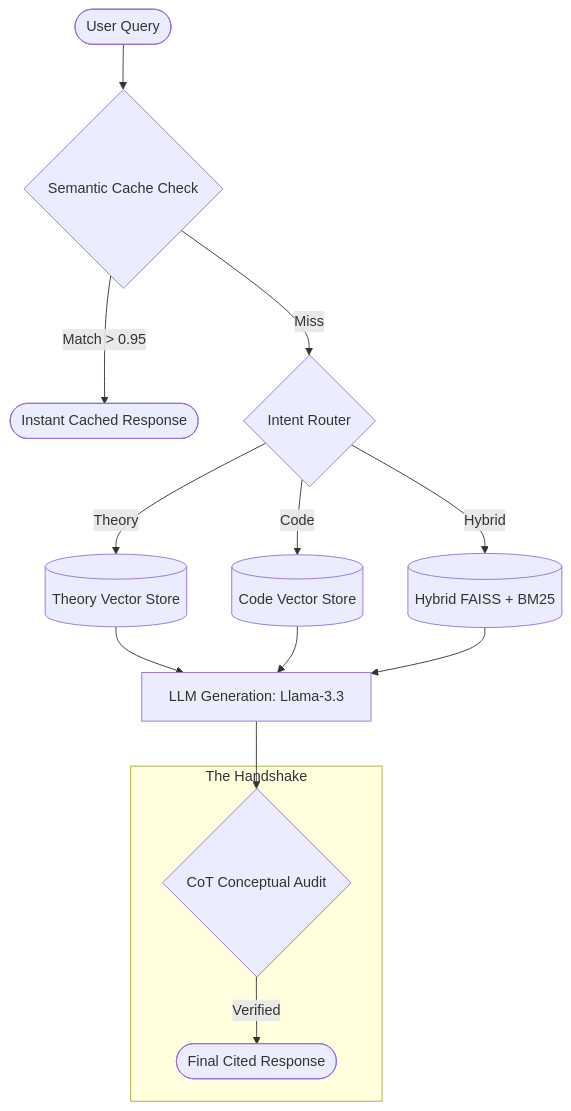
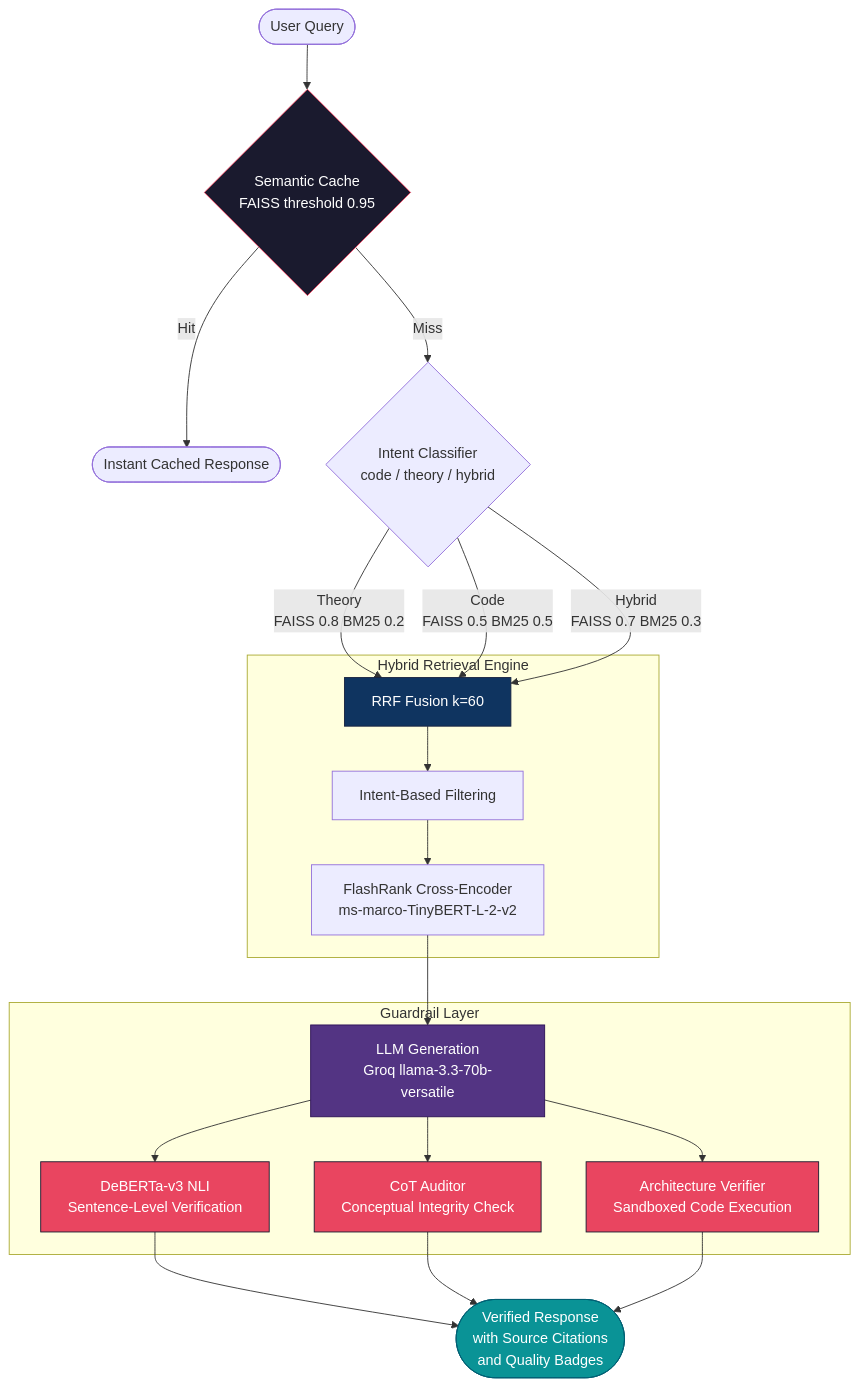
One commit to sharansh-22/Research-OS changed the first of 3 diagrams in README.md. Above: the diagram before and after it, drawn with Mermaid. The commit also changed other lines of this file and 1 other file, not shown here.

Commit message:
docs: add technical summary and update README with architecture diagrams, benchmark metrics, and reliability stack documentation

````diff
--- a/README.md
+++ b/README.md
@@ -36,19 +26,33 @@
 ```mermaid
 graph TD
-    User([User Query]) --> Cache{Semantic Cache Check}
-    Cache -- Match > 0.95 --> Response([Instant Cached Response])
-    Cache -- Miss --> Router{Intent Router}
-    
-    Router -->|Theory| TheoryDB[(Theory Vector Store)]
-    Router -->|Code| CodeDB[(Code Vector Store)]
-    Router -->|Hybrid| BothDB[(Hybrid FAISS + BM25)]
-    
-    TheoryDB & CodeDB & BothDB --> Generator[LLM Generation: Llama-3.3]
-    Generator --> Auditor{CoT Conceptual Audit}
-    Auditor -->|Verified| CitedResponse([Final Cited Response])
-    
-    subgraph "The Handshake"
-    Auditor
-    CitedResponse
+    User([User Query]) --> Cache{Semantic Cache<br/>FAISS threshold 0.95}
+    Cache -- Hit --> Response([Instant Cached Response])
+    Cache -- Miss --> Router{Intent Classifier<br/>code / theory / hybrid}
+
+    Router -->|Theory<br/>FAISS 0.8 BM25 0.2| Retriever
+    Router -->|Code<br/>FAISS 0.5 BM25 0.5| Retriever
+    Router -->|Hybrid<br/>FAISS 0.7 BM25 0.3| Retriever
+
+    subgraph Hybrid Retrieval Engine
+        Retriever[RRF Fusion k=60] --> Filter[Intent-Based Filtering]
+        Filter --> Rerank[FlashRank Cross-Encoder<br/>ms-marco-TinyBERT-L-2-v2]
     end
+
+    Rerank --> Generator[LLM Generation<br/>Groq llama-3.3-70b-versatile]
+
+    subgraph Guardrail Layer
+        Generator --> NLI[DeBERTa-v3 NLI<br/>Sentence-Level Verification]
+        Generator --> Auditor[CoT Auditor<br/>Conceptual Integrity Check]
+        Generator --> Verifier[Architecture Verifier<br/>Sandboxed Code Execution]
+    end
+
+    NLI & Auditor & Verifier --> Final([Verified Response<br/>with Source Citations<br/>and Quality Badges])
+
+    style Cache fill:#1a1a2e,stroke:#e94560,color:#fff
+    style Retriever fill:#0f3460,stroke:#16213e,color:#fff
+    style Generator fill:#533483,stroke:#2b1055,color:#fff
+    style NLI fill:#e94560,stroke:#1a1a2e,color:#fff
+    style Auditor fill:#e94560,stroke:#1a1a2e,color:#fff
+    style Verifier fill:#e94560,stroke:#1a1a2e,color:#fff
+    style Final fill:#0a9396,stroke:#005f73,color:#fff
 ```
````
